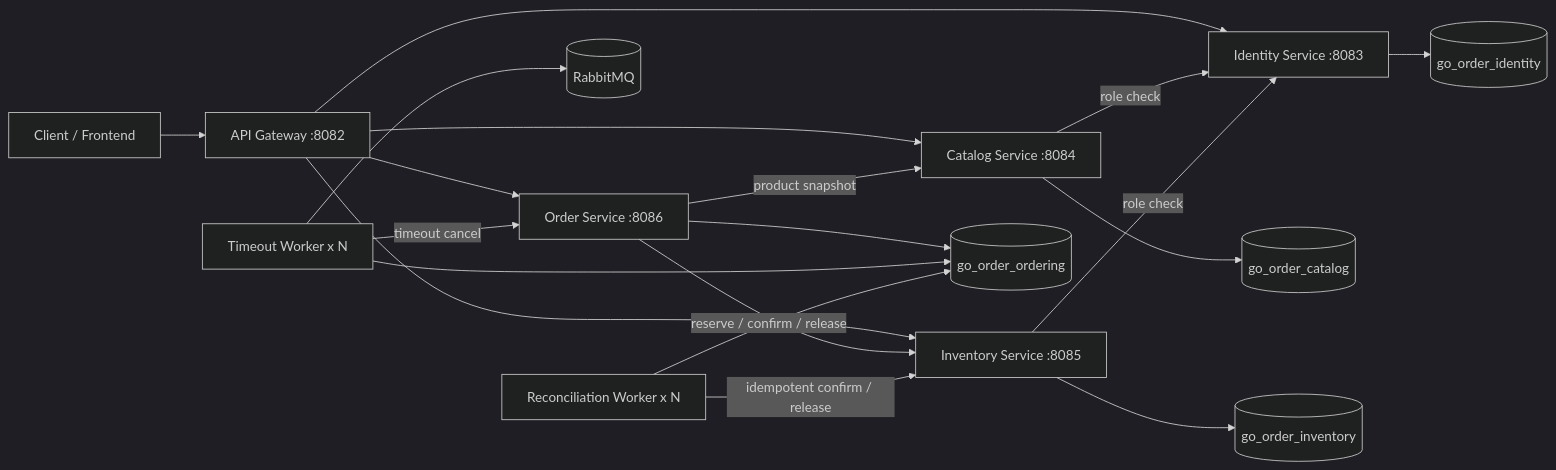
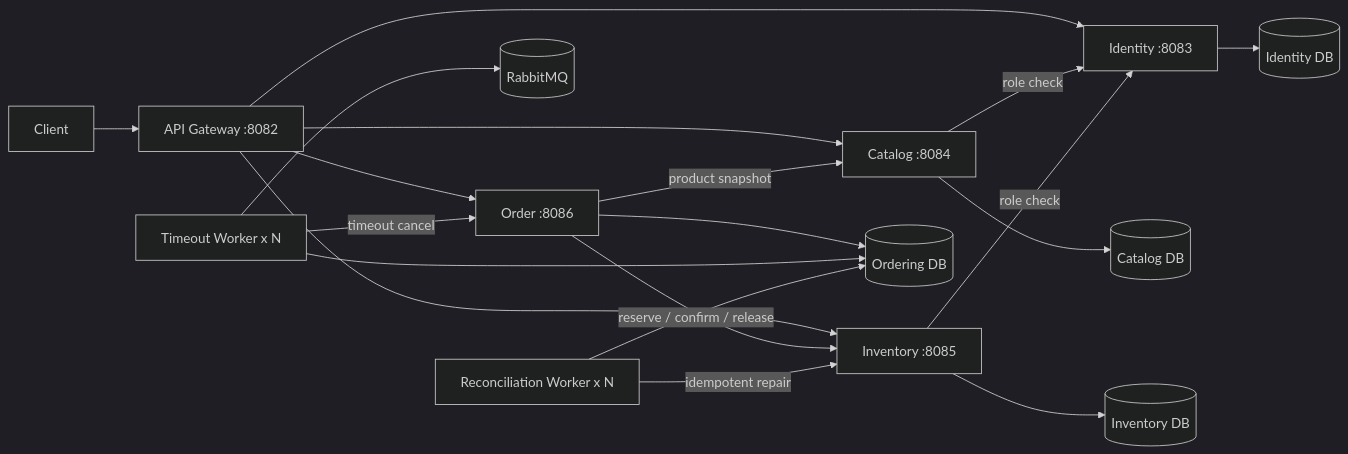
Before and after one commit to Yotoha0303/go-order-management-system-cloudnative-lab: the diagram in README.md, drawn with Mermaid (dark theme). The commit also changed other lines of this file and 13 other files, not shown here.

````diff
--- a/README.md
+++ b/README.md
@@ -26,26 +33,26 @@
 ```mermaid
 flowchart LR
-    Client[Client / Frontend] --> Gateway[API Gateway :8082]
+    Client[Client] --> Gateway[API Gateway :8082]
 
-    Gateway --> Identity[Identity Service :8083]
-    Gateway --> Catalog[Catalog Service :8084]
-    Gateway --> Inventory[Inventory Service :8085]
-    Gateway --> Order[Order Service :8086]
+    Gateway --> Identity[Identity :8083]
+    Gateway --> Catalog[Catalog :8084]
+    Gateway --> Inventory[Inventory :8085]
+    Gateway --> Order[Order :8086]
 
     Catalog -->|role check| Identity
     Inventory -->|role check| Identity
     Order -->|product snapshot| Catalog
     Order -->|reserve / confirm / release| Inventory
 
-    Identity --> IdentityDB[(go_order_identity)]
-    Catalog --> CatalogDB[(go_order_catalog)]
-    Inventory --> InventoryDB[(go_order_inventory)]
-    Order --> OrderDB[(go_order_ordering)]
+    Identity --> IdentityDB[(Identity DB)]
+    Catalog --> CatalogDB[(Catalog DB)]
+    Inventory --> InventoryDB[(Inventory DB)]
+    Order --> OrderingDB[(Ordering DB)]
 
-    TimeoutWorker[Timeout Worker x N] --> OrderDB
+    TimeoutWorker[Timeout Worker x N] --> OrderingDB
     TimeoutWorker --> RabbitMQ[(RabbitMQ)]
     TimeoutWorker -->|timeout cancel| Order
 
-    ReconcileWorker[Reconciliation Worker x N] --> OrderDB
-    ReconcileWorker -->|idempotent confirm / release| Inventory
+    ReconcileWorker[Reconciliation Worker x N] --> OrderingDB
+    ReconcileWorker -->|idempotent repair| Inventory
 ```
````
